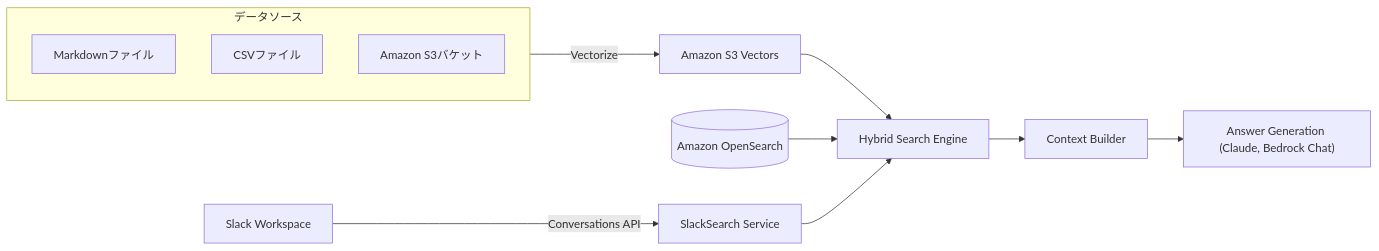
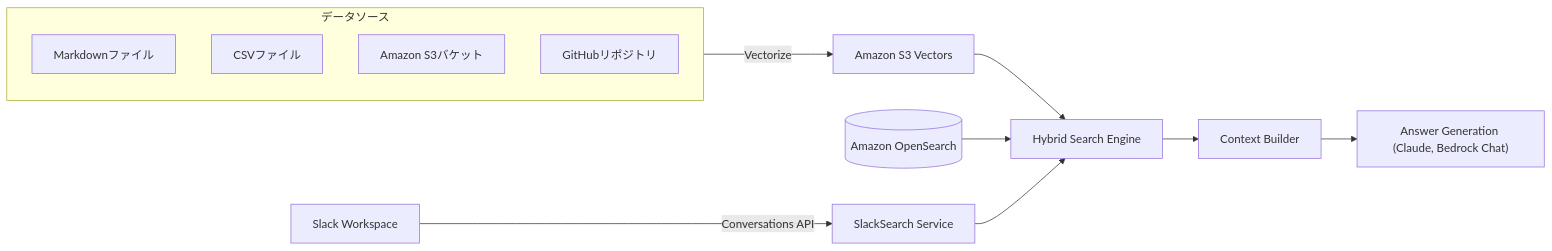
Before and after one commit to ca-srg/ragent: the first of 6 diagrams in README_ja.md, drawn with Mermaid. The commit also changed other lines of this file and 2 other files, not shown here.

Commit message:
docs: add detailed GitHub data source guide and update READMEs with references

````diff
--- a/README_ja.md
+++ b/README_ja.md
@@ -89,16 +89,17 @@
 ```mermaid
 graph LR
     subgraph Sources["データソース"]
         MD[Markdownファイル]
         CSV[CSVファイル]
         S3[Amazon S3バケット]
+        GH[GitHubリポジトリ]
     end
 
     Sources -->|Vectorize| VE[Amazon S3 Vectors]
     VE --> HY[Hybrid Search Engine]
     OS[(Amazon OpenSearch)] --> HY
     SL[Slack Workspace] -->|Conversations API| SS[SlackSearch Service]
     SS --> HY
     HY --> CT[Context Builder]
     CT --> AN["Answer Generation (Claude, Bedrock Chat)"]
 ```
````
